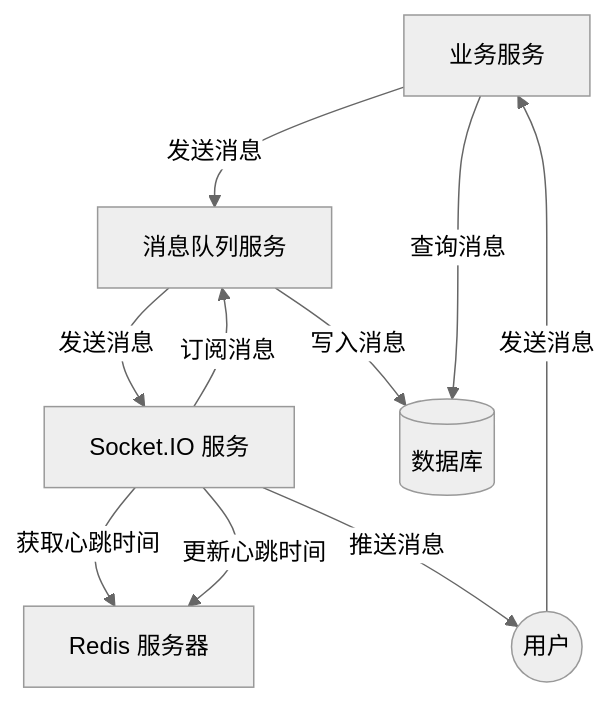
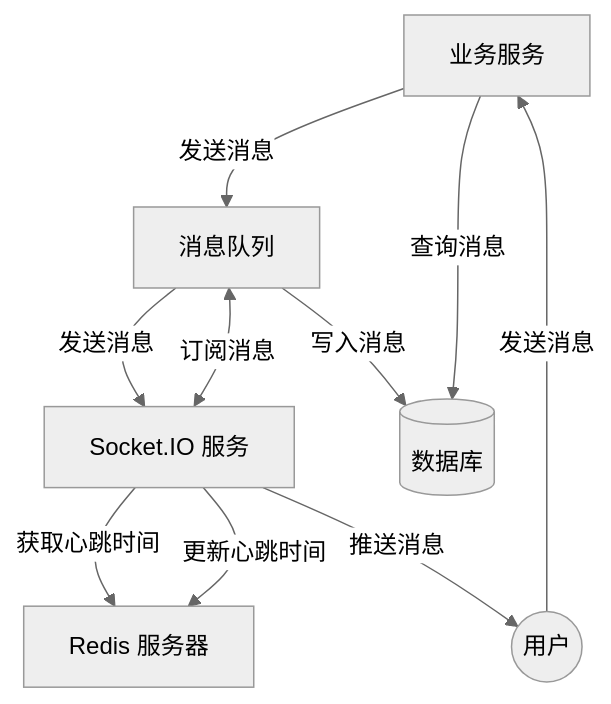
Before and after one commit to summer-like-coding/chat-system: the third of 3 diagrams in docs/3.sequence.md, drawn with Mermaid (neutral theme). The commit also changed 7 other files, not shown here.

````diff
--- a/docs/3.sequence.md
+++ b/docs/3.sequence.md
@@ -62,19 +62,19 @@
 ```mermaid
 graph TD
   Service[业务服务]
   Redis[Redis 服务器]
-  MQ[消息队列服务]
+  MQ[消息队列]
   WebSocket[Socket.IO 服务]
   DB[(数据库)]
   User((用户))
 
   WebSocket -- 获取心跳时间 --> Redis
   Service -- 发送消息 --> MQ
-  WebSocket -- 订阅消息 --> MQ
+  WebSocket <-- 订阅消息 --> MQ
+  MQ -- 发送消息 --> WebSocket
   MQ -- 写入消息 --> DB
-  MQ -- 发送消息 --> WebSocket
   WebSocket -- 更新心跳时间 --> Redis
   WebSocket -- 推送消息 --> User
   User -- 发送消息 --> Service
   Service -- 查询消息 --> DB
 ```
````
